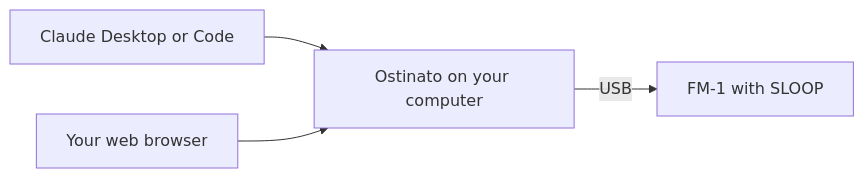
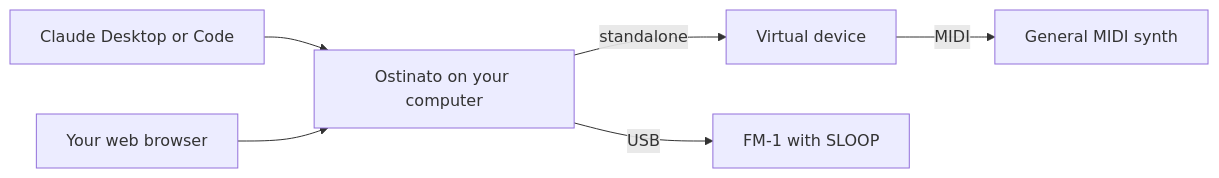
One commit to androbi-com/ostinato changed the diagram in README.md. Above: the diagram before and after it, drawn with Mermaid. The commit also changed other lines of this file and 48 other files, not shown here.

Commit message:
Add virtual device, time signatures and minor fixes

````diff
--- a/README.md
+++ b/README.md
@@ -59,6 +100,8 @@
 ```mermaid
 graph LR
     claude[Claude Desktop or Code] --> ostinato[Ostinato on your computer]
     browser[Your web browser] --> ostinato
+    ostinato -->|standalone| virtual[Virtual device]
+    virtual -->|MIDI| synth[General MIDI synth]
     ostinato -->|USB| fm1[FM-1 with SLOOP]
 ```
````
